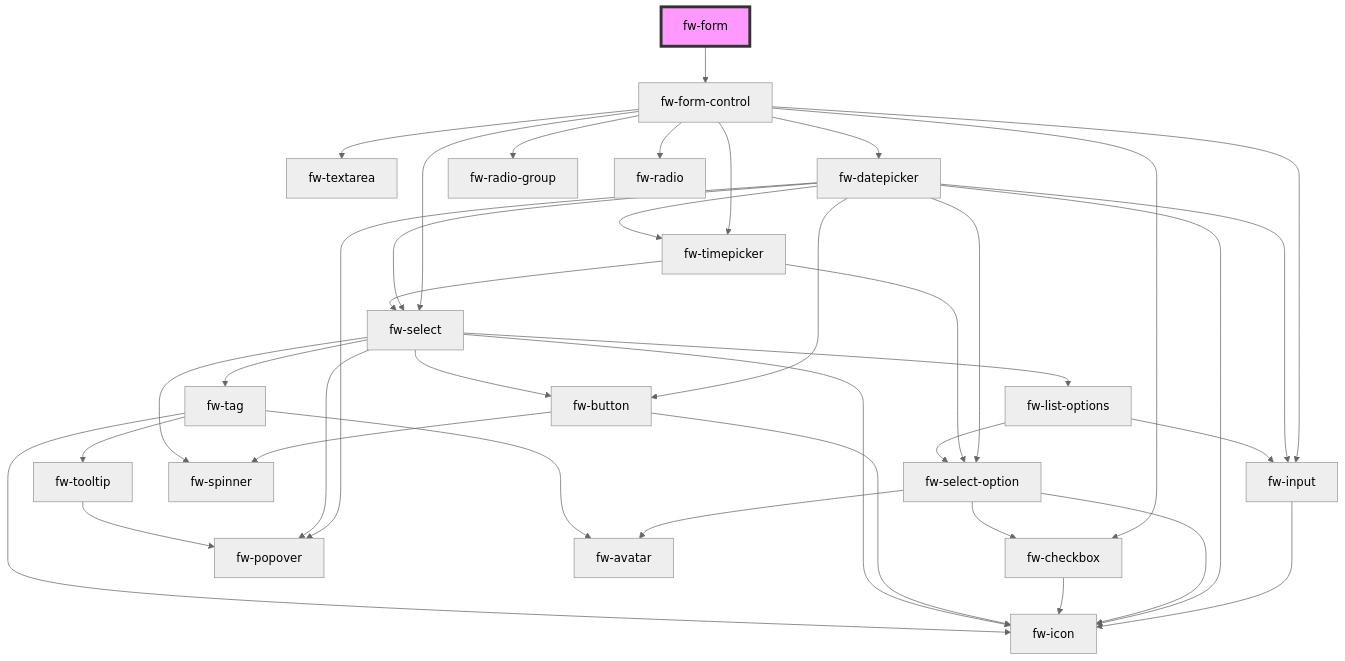
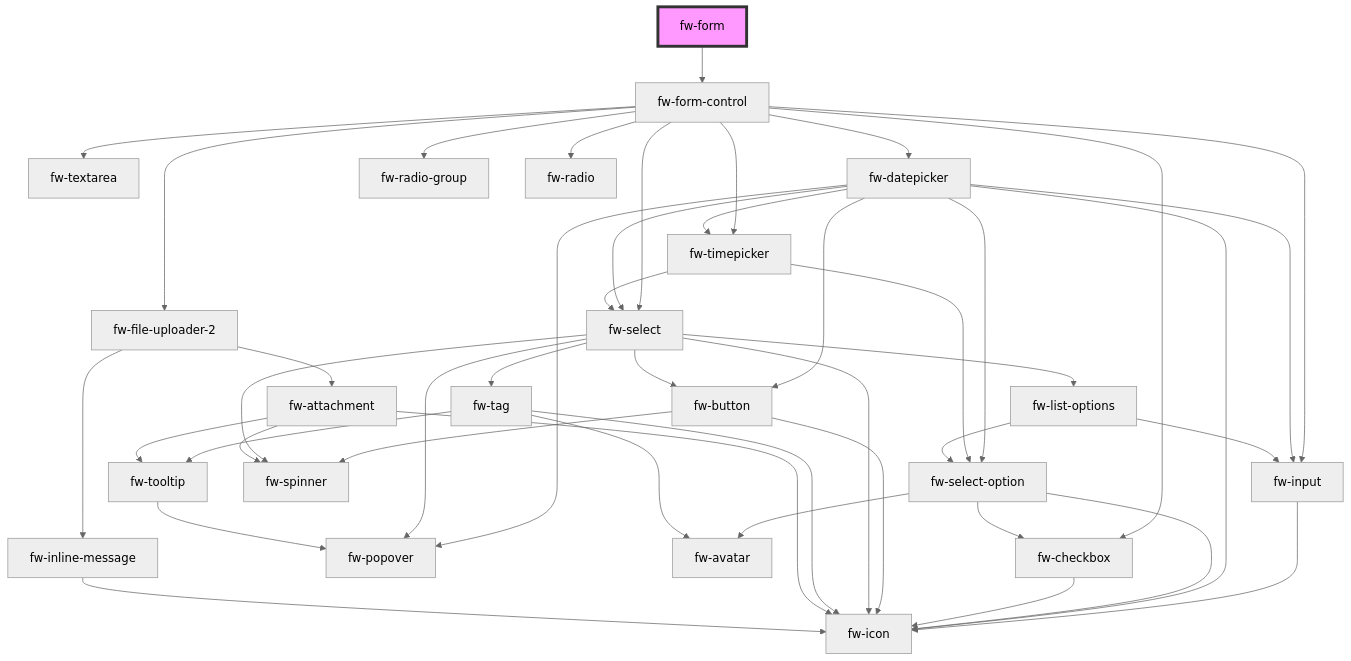
The diagram in packages/crayons-core/src/components/form/readme.md (freshworks/crayons), drawn with Mermaid (neutral theme) before and after one commit. The commit also changed 7 other files, not shown here.

Commit message:
feat(file-uploader-2): adding ability to use fw-file-uploader as part of fw-form

````diff
--- a/packages/crayons-core/src/components/form/readme.md
+++ b/packages/crayons-core/src/components/form/readme.md
@@ -2134,41 +2134,48 @@
 ```mermaid
 graph TD;
   fw-form --> fw-form-control
   fw-form-control --> fw-input
   fw-form-control --> fw-textarea
   fw-form-control --> fw-datepicker
   fw-form-control --> fw-checkbox
   fw-form-control --> fw-radio-group
   fw-form-control --> fw-radio
   fw-form-control --> fw-select
   fw-form-control --> fw-timepicker
+  fw-form-control --> fw-file-uploader-2
   fw-input --> fw-icon
   fw-datepicker --> fw-select-option
   fw-datepicker --> fw-button
   fw-datepicker --> fw-input
   fw-datepicker --> fw-timepicker
   fw-datepicker --> fw-popover
   fw-datepicker --> fw-icon
   fw-datepicker --> fw-select
   fw-select-option --> fw-icon
   fw-select-option --> fw-checkbox
   fw-select-option --> fw-avatar
   fw-checkbox --> fw-icon
   fw-button --> fw-spinner
   fw-button --> fw-icon
   fw-timepicker --> fw-select
   fw-timepicker --> fw-select-option
   fw-select --> fw-tag
   fw-select --> fw-popover
   fw-select --> fw-button
   fw-select --> fw-spinner
   fw-select --> fw-icon
   fw-select --> fw-list-options
   fw-tag --> fw-tooltip
   fw-tag --> fw-avatar
   fw-tag --> fw-icon
   fw-tooltip --> fw-popover
   fw-list-options --> fw-select-option
   fw-list-options --> fw-input
+  fw-file-uploader-2 --> fw-attachment
+  fw-file-uploader-2 --> fw-inline-message
+  fw-attachment --> fw-icon
+  fw-attachment --> fw-tooltip
+  fw-attachment --> fw-spinner
+  fw-inline-message --> fw-icon
   style fw-form fill:#f9f,stroke:#333,stroke-width:4px
 ```
````
